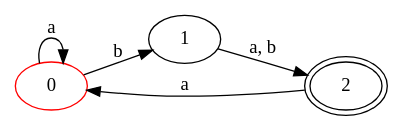
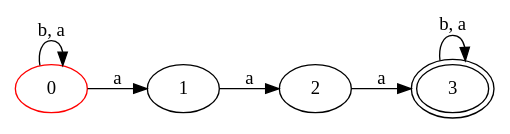
The diagram in affichage.dot (userdigitaldevil/automata), drawn with Graphviz before and after one commit. The commit also changed 2 other files, not shown here.

```diff
--- a/affichage.dot
+++ b/affichage.dot
@@ -1,10 +1,12 @@
 digraph a {
  rankdir=LR
 0[ label ="0", color=red ];
-0 -> 1 [ label = "b" ];
-0 -> 0 [ label = "a" ];
+0 -> 0 [ label = "b, a" ];
+0 -> 1 [ label = "a" ];
 1[ label ="1",];
-1 -> 2 [ label = "a, b" ];
-2[ label ="2",peripheries=2 ];
-2 -> 0 [ label = "a" ];
+1 -> 2 [ label = "a" ];
+2[ label ="2",];
+2 -> 3 [ label = "a" ];
+3[ label ="3",peripheries=2 ];
+3 -> 3 [ label = "b, a" ];
 }
```
